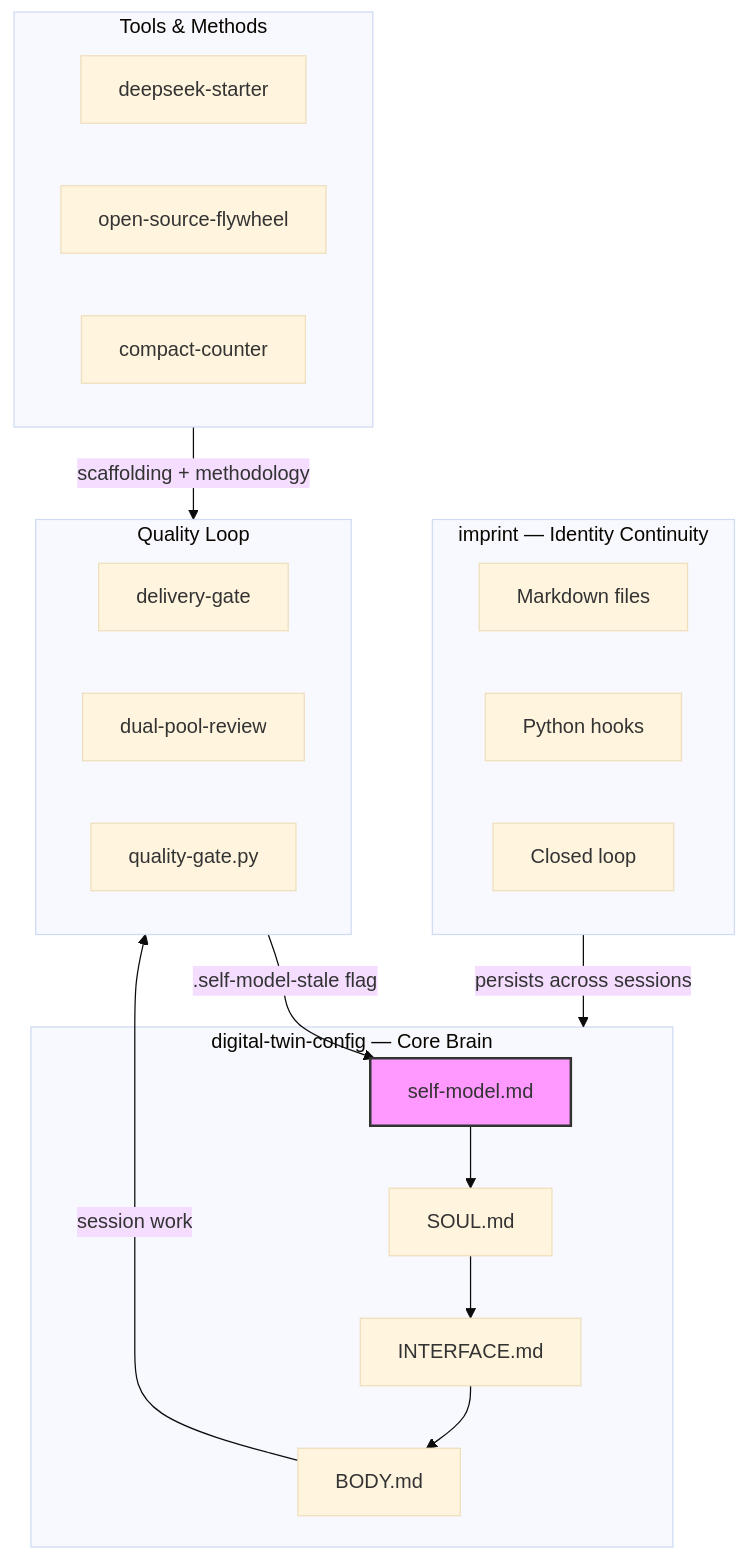
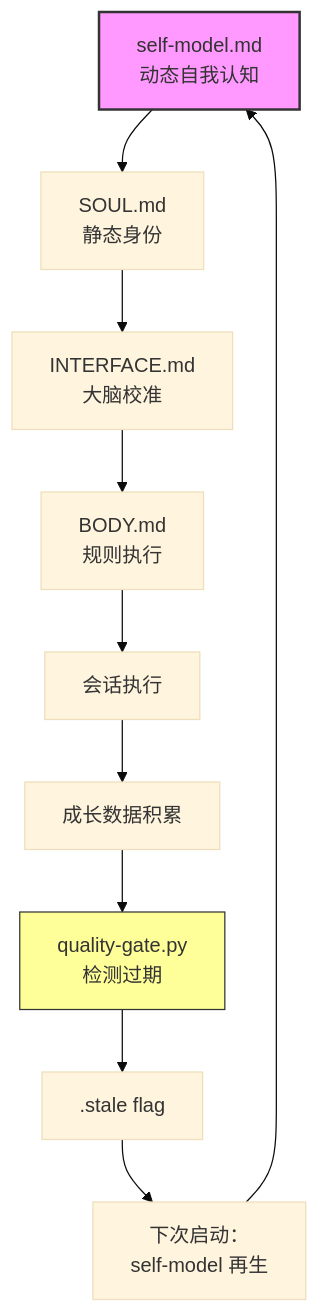
Before and after one commit to YuhaoLin2005/YuhaoLin2005: the diagram in README.md, drawn with Mermaid (base theme). The commit also changed other lines of this file, not shown here.

Commit message:
feat: two-layer profile README — resume-first (5-sec scan) above, architecture deep-dive below

````diff
--- a/README.md
+++ b/README.md
@@ -11,35 +53,17 @@
 ```mermaid
 flowchart TD
-    subgraph Brain[" digital-twin-config — Core Brain "]
-        SM[self-model.md]
-        SOUL[SOUL.md]
-        IFACE[INTERFACE.md]
-        BODY[BODY.md]
-    end
+    SM[self-model.md<br/>动态自我认知]
+    SOUL[SOUL.md<br/>静态身份]
+    IFACE[INTERFACE.md<br/>大脑校准]
+    BODY[BODY.md<br/>规则执行]
+    SESSION[会话执行]
+    GROWTH[成长数据积累]
+    GATE[quality-gate.py<br/>检测过期]
+    FLAG[.stale flag]
+    REGEN[下次启动：<br/>self-model 再生]
 
-    subgraph Identity[" imprint — Identity Continuity "]
-        FILES[Markdown files]
-        HOOKS[Python hooks]
-        LOOP[Closed loop]
-    end
-
-    subgraph Quality[" Quality Loop "]
-        DG[delivery-gate]
-        DPR[dual-pool-review]
-        QG[quality-gate.py]
-    end
-
-    subgraph Tools[" Tools & Methods "]
-        DS[deepseek-starter]
-        OF[open-source-flywheel]
-        CC[compact-counter]
-    end
-
-    SM --> SOUL --> IFACE --> BODY
-    BODY -->|"session work"| Quality
-    Quality -->|".self-model-stale flag"| SM
-    Identity -->|"persists across sessions"| Brain
-    Tools -->|"scaffolding + methodology"| Quality
+    SM --> SOUL --> IFACE --> BODY --> SESSION --> GROWTH --> GATE --> FLAG --> REGEN --> SM
 
     style SM fill:#f9f,stroke:#333,stroke-width:2px
+    style GATE fill:#ff9,stroke:#333,stroke-width:1px
 ```
````
